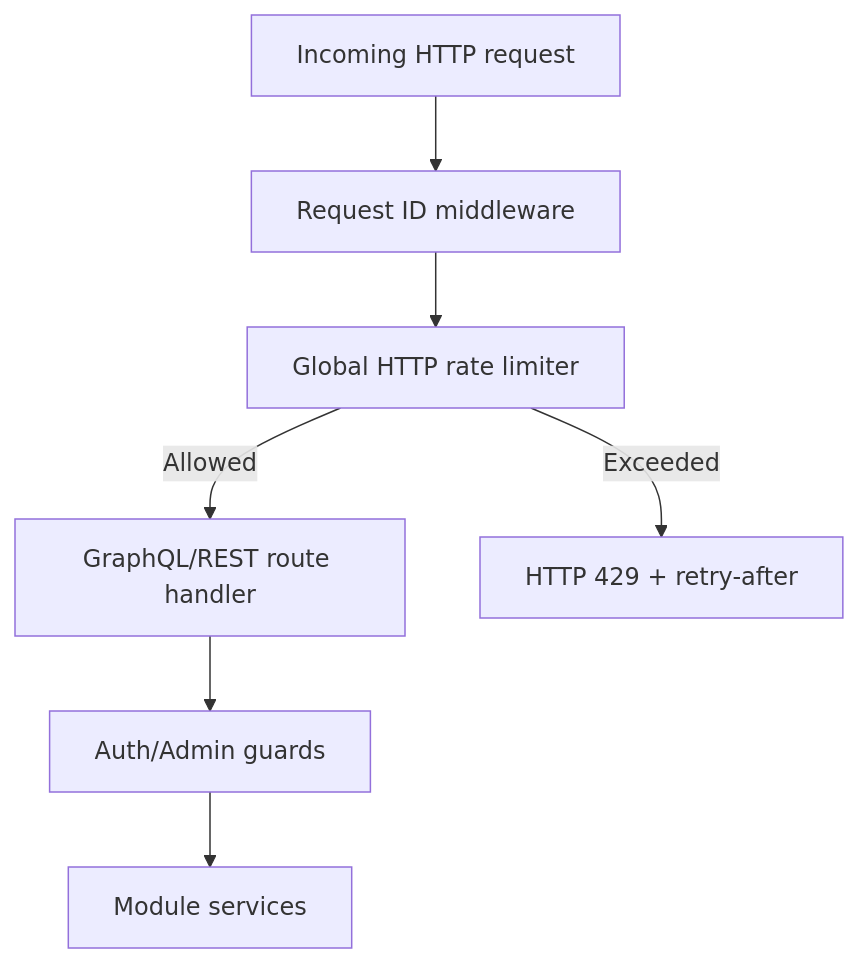
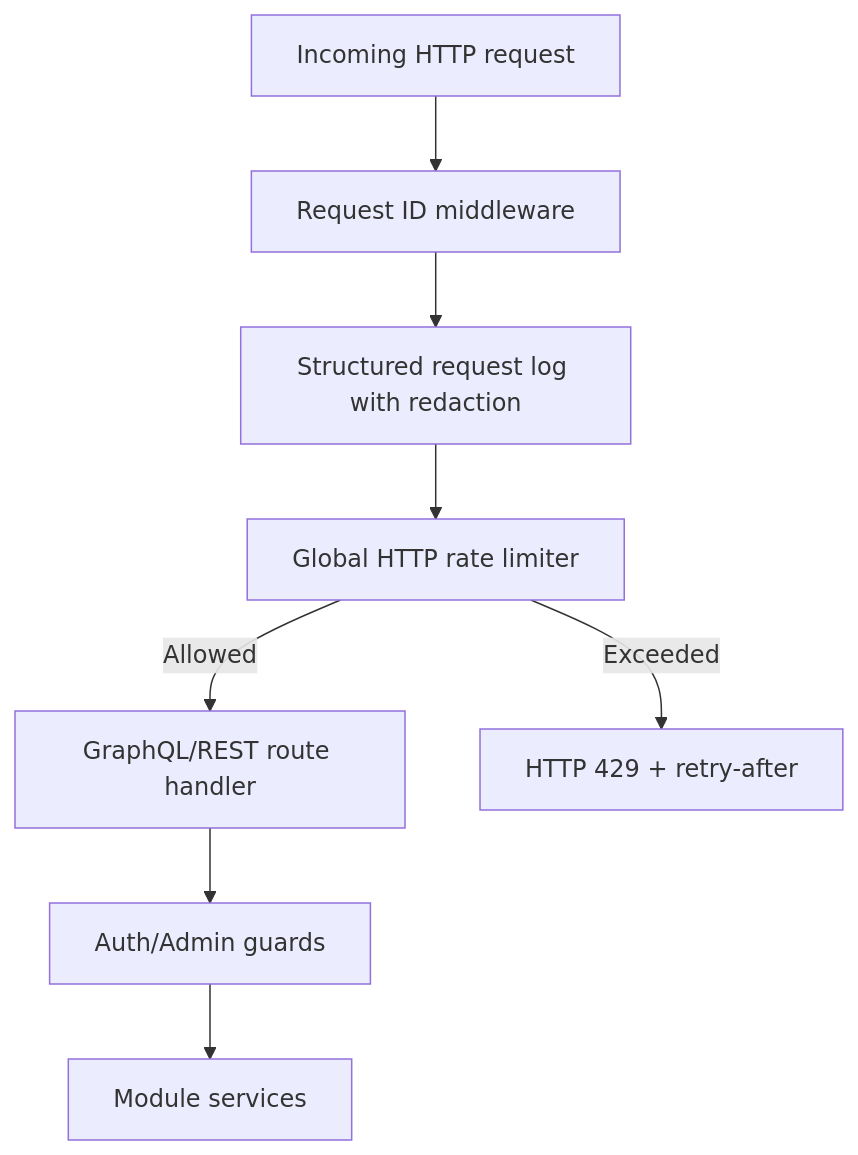
The diagram in apps/backend/src/common/README.md (AmanVatsSharma/MailZen-Smart-Email-Management), drawn with Mermaid before and after one commit. The commit also changed other lines of this file and 10 other files, not shown here.

Commit message:
Add structured logging redaction and request correlation

````diff
--- a/apps/backend/src/common/README.md
+++ b/apps/backend/src/common/README.md
@@ -36,9 +47,10 @@
 ```mermaid
 flowchart TD
   Request[Incoming HTTP request] --> Correlation[Request ID middleware]
-  Correlation --> RateLimit[Global HTTP rate limiter]
+  Correlation --> StructLog[Structured request log with redaction]
+  StructLog --> RateLimit[Global HTTP rate limiter]
   RateLimit -->|Allowed| Route[GraphQL/REST route handler]
   RateLimit -->|Exceeded| Reject[HTTP 429 + retry-after]
   Route --> Guards[Auth/Admin guards]
   Guards --> Services[Module services]
 ```
````
